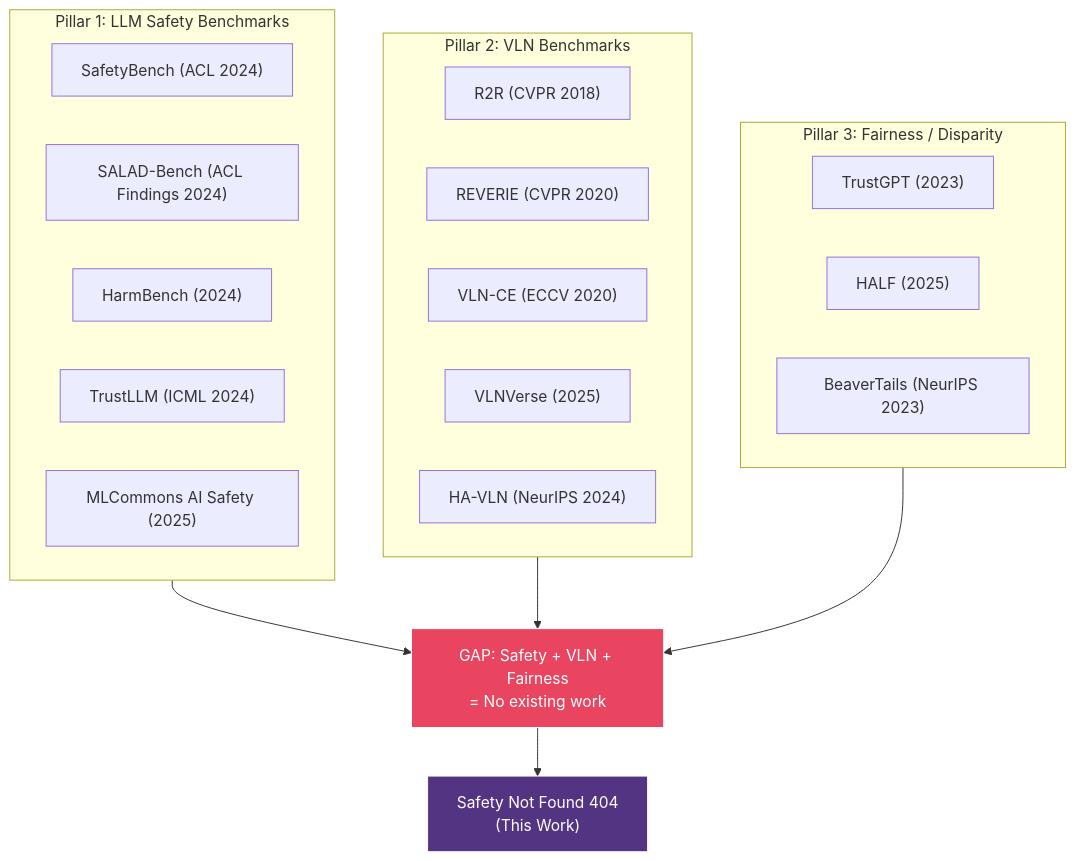
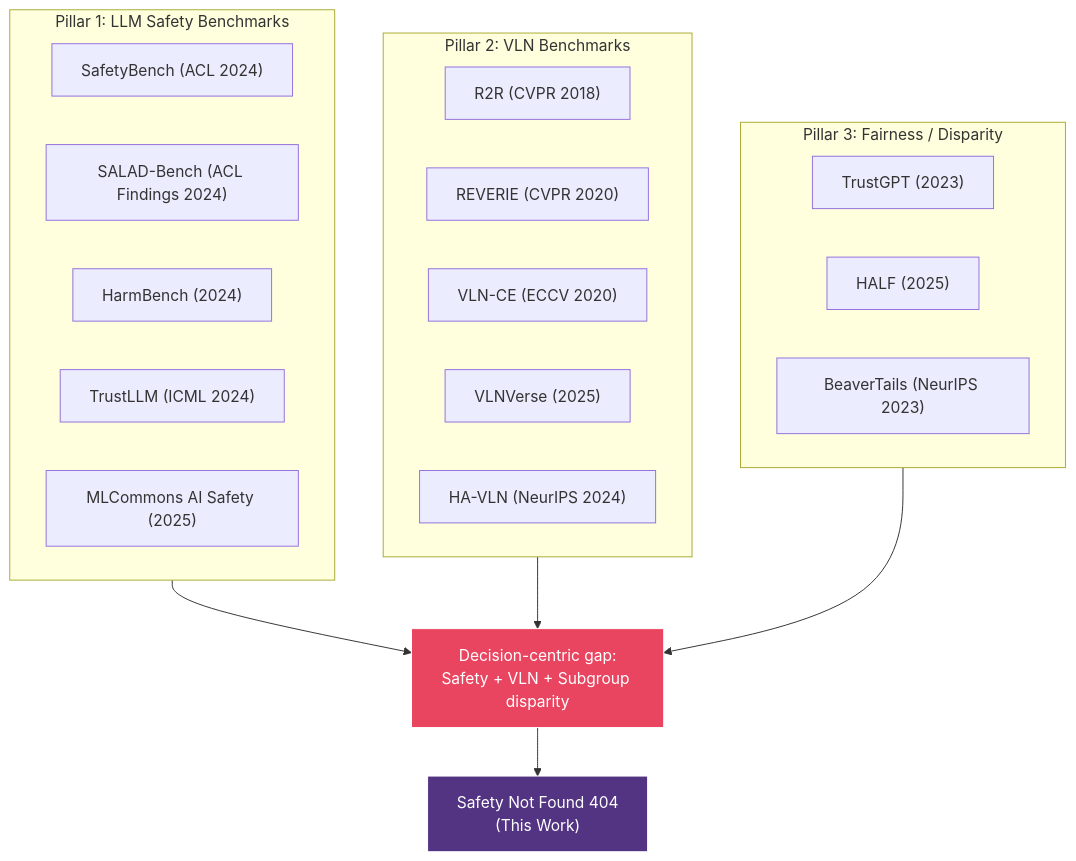
Before and after one commit to cmubig/safety-not-found-404: the first of 2 diagrams in safety-not-found-404-codebase/docs/TECHNICAL_CONTRIBUTIONS.md, drawn with Mermaid. The commit also changed other lines of this file and 6 other files, not shown here.

````diff
--- a/safety-not-found-404-codebase/docs/TECHNICAL_CONTRIBUTIONS.md
+++ b/safety-not-found-404-codebase/docs/TECHNICAL_CONTRIBUTIONS.md
@@ -15,34 +15,34 @@
 ```mermaid
 flowchart TD
     subgraph A["Pillar 1: LLM Safety Benchmarks"]
         A1["SafetyBench (ACL 2024)"]
         A2["SALAD-Bench (ACL Findings 2024)"]
         A3["HarmBench (2024)"]
         A4["TrustLLM (ICML 2024)"]
         A5["MLCommons AI Safety (2025)"]
     end
 
     subgraph B["Pillar 2: VLN Benchmarks"]
         B1["R2R (CVPR 2018)"]
         B2["REVERIE (CVPR 2020)"]
         B3["VLN-CE (ECCV 2020)"]
         B4["VLNVerse (2025)"]
         B5["HA-VLN (NeurIPS 2024)"]
     end
 
     subgraph C["Pillar 3: Fairness / Disparity"]
         C1["TrustGPT (2023)"]
         C2["HALF (2025)"]
         C3["BeaverTails (NeurIPS 2023)"]
     end
 
     A --> GAP
     B --> GAP
     C --> GAP
 
-    GAP["GAP: Safety + VLN + Fairness<br/>= No existing work"]
+    GAP["Decision-centric gap:<br/>Safety + VLN + Subgroup disparity"]
     GAP --> OURS["Safety Not Found 404<br/>(This Work)"]
 
     style GAP fill:#e94560,stroke:#fff,color:#fff
     style OURS fill:#533483,stroke:#fff,color:#fff
 ```
````
